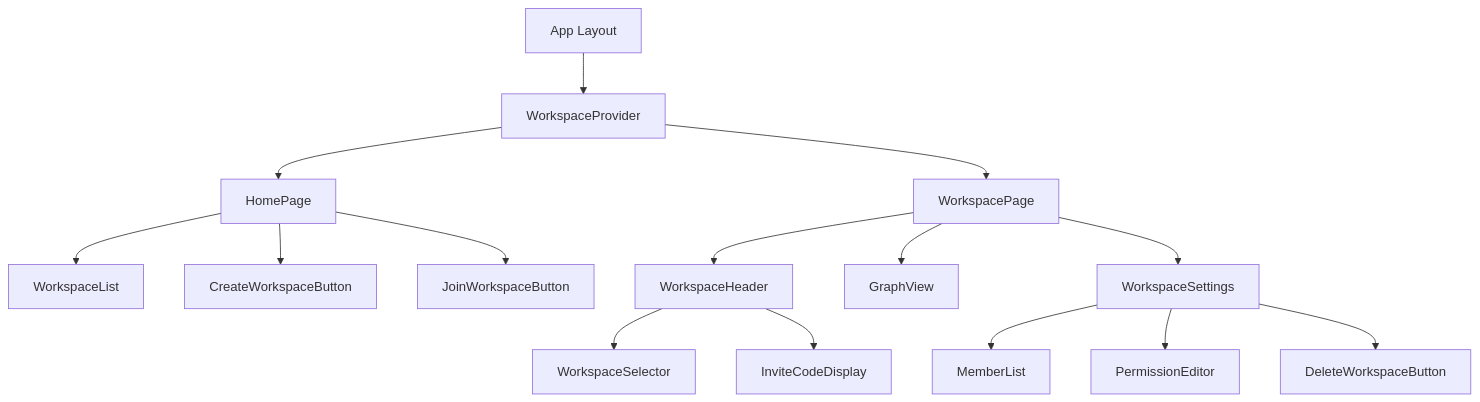
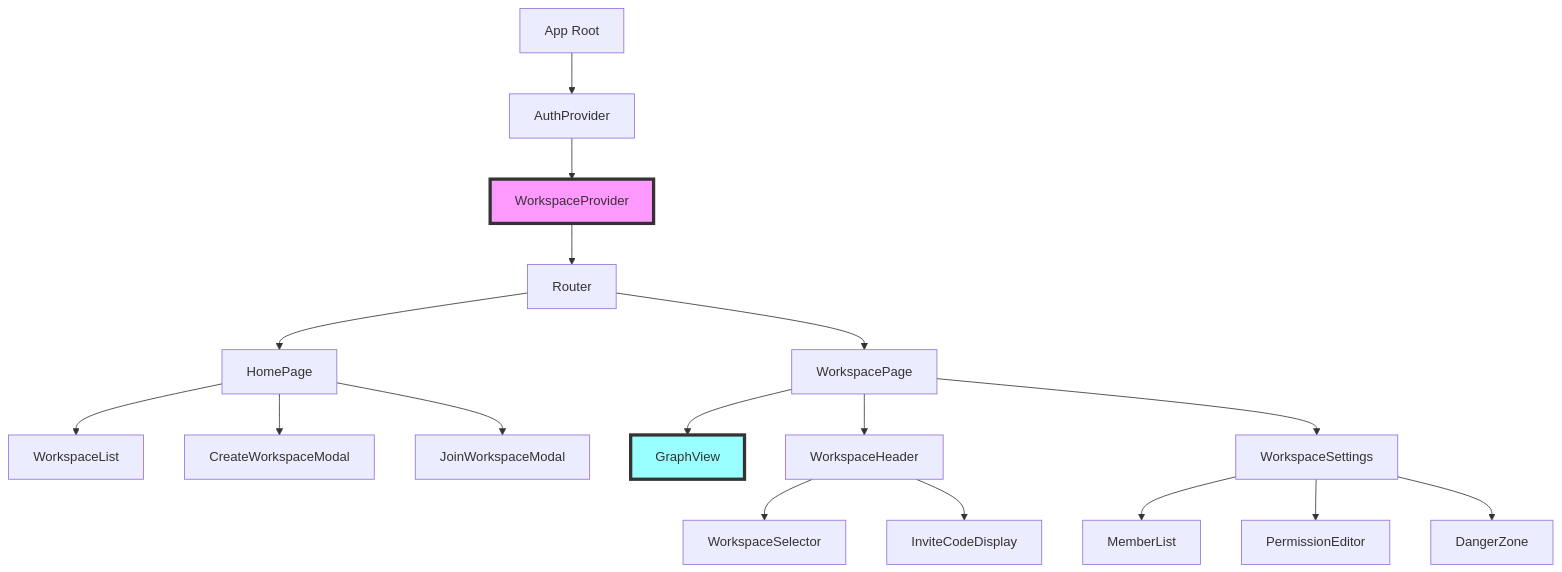
The third of 4 diagrams in temp/design.md (office-sanmarlok/ParallelLean), drawn with Mermaid before and after one commit. The commit also changed other lines of this file and 1 other file, not shown here.

````diff
--- a/temp/design.md
+++ b/temp/design.md
@@ -397,21 +142,27 @@
 ```mermaid
 graph TD
-    A[App Layout] --> B[WorkspaceProvider]
-    B --> C[HomePage]
-    B --> D[WorkspacePage]
+    A[App Root] --> B[AuthProvider]
+    B --> C[WorkspaceProvider]
+    C --> D[Router]
     
-    C --> E[WorkspaceList]
-    C --> F[CreateWorkspaceButton]
-    C --> G[JoinWorkspaceButton]
+    D --> E[HomePage]
+    D --> F[WorkspacePage]
     
-    D --> H[WorkspaceHeader]
-    D --> I[GraphView]
-    D --> J[WorkspaceSettings]
+    E --> G[WorkspaceList]
+    E --> H[CreateWorkspaceModal]
+    E --> I[JoinWorkspaceModal]
     
-    H --> K[WorkspaceSelector]
-    H --> L[InviteCodeDisplay]
+    F --> J[GraphView]
+    F --> K[WorkspaceHeader]
+    F --> L[WorkspaceSettings]
     
-    J --> M[MemberList]
-    J --> N[PermissionEditor]
-    J --> O[DeleteWorkspaceButton]
+    K --> M[WorkspaceSelector]
+    K --> N[InviteCodeDisplay]
+    
+    L --> O[MemberList]
+    L --> P[PermissionEditor]
+    L --> Q[DangerZone]
+    
+    style C fill:#f9f,stroke:#333,stroke-width:4px
+    style J fill:#9ff,stroke:#333,stroke-width:4px
 ```
````
